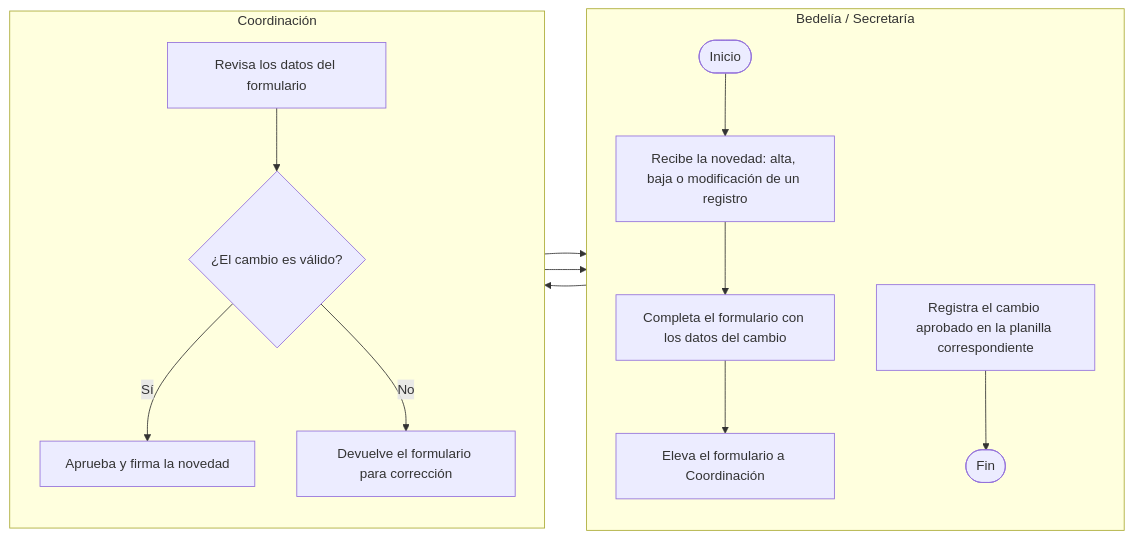
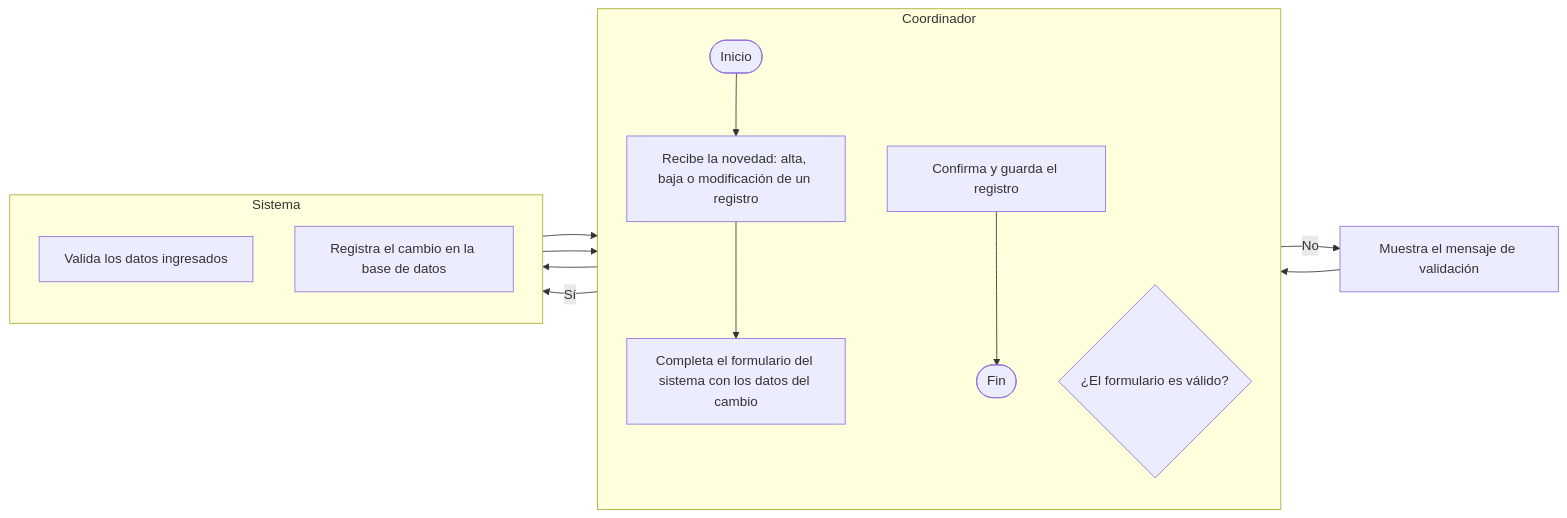
The diagram in docs/mermaid-live/3.1.3.actividad-abm.mmd (DarioZubaray/Proyecto-Final), drawn with Mermaid before and after one commit. The commit also changed 14 other files, not shown here.

First line of the commit message:
docs(procesos): diagramas de actividad con 4 roles y modelo conceptual

```diff
--- a/docs/mermaid-live/3.1.3.actividad-abm.mmd
+++ b/docs/mermaid-live/3.1.3.actividad-abm.mmd
@@ -1,21 +1,19 @@
 flowchart LR
-    subgraph BED[Bedelía / Secretaría]
+    subgraph COO[Coordinador]
         direction TB
-        B1([Inicio])
-        B2[Recibe la novedad: alta, baja o modificación de un registro]
-        B3[Completa el formulario con los datos del cambio]
-        B4[Eleva el formulario a Coordinación]
-        B5[Registra el cambio aprobado en la planilla correspondiente]
-        B6([Fin])
+        C1([Inicio])
+        C2[Recibe la novedad: alta, baja o modificación de un registro]
+        C3[Completa el formulario del sistema con los datos del cambio]
+        C4{¿El formulario es válido?}
+        C5[Confirma y guarda el registro]
+        C6([Fin])
     end
-    subgraph COO[Coordinación]
+    subgraph SIS[Sistema]
         direction TB
-        C1[Revisa los datos del formulario]
-        C2{¿El cambio es válido?}
-        C3[Aprueba y firma la novedad]
-        C4[Devuelve el formulario para corrección]
+        S1[Valida los datos ingresados]
+        S2[Registra el cambio en la base de datos]
     end
-    B1 --> B2 --> B3 --> B4
-    B4 --> C1 --> C2
-    C2 -->|Sí| C3 --> B5 --> B6
-    C2 -->|No| C4 --> B3
+    C1 --> C2 --> C3 --> S1
+    S1 --> C4
+    C4 -->|No| C7[Muestra el mensaje de validación] --> C3
+    C4 -->|Sí| S2 --> C5 --> C6
```
